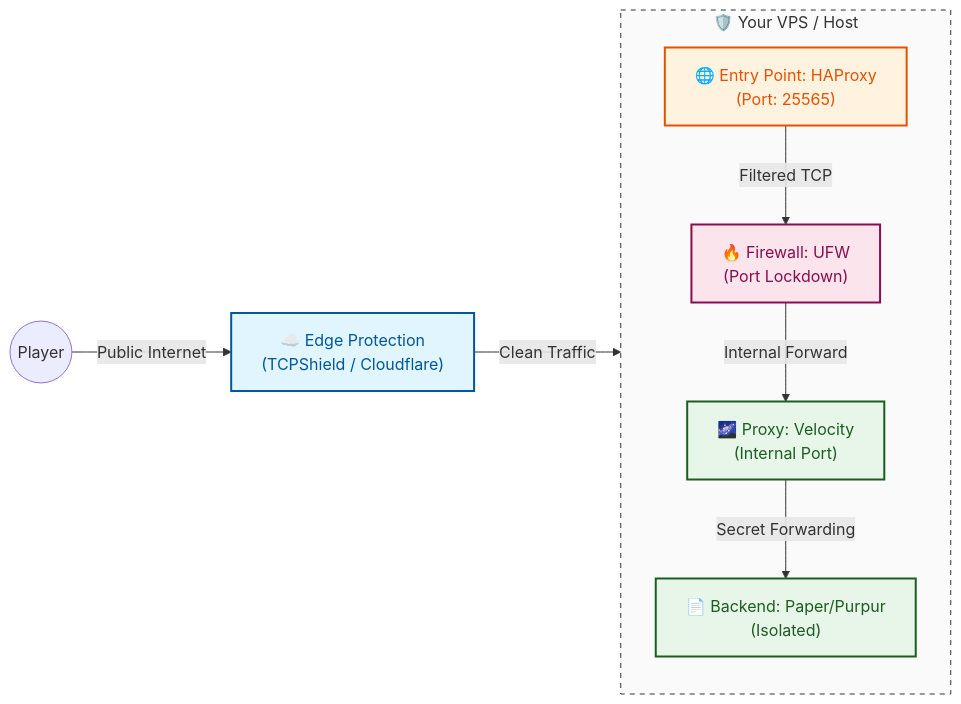
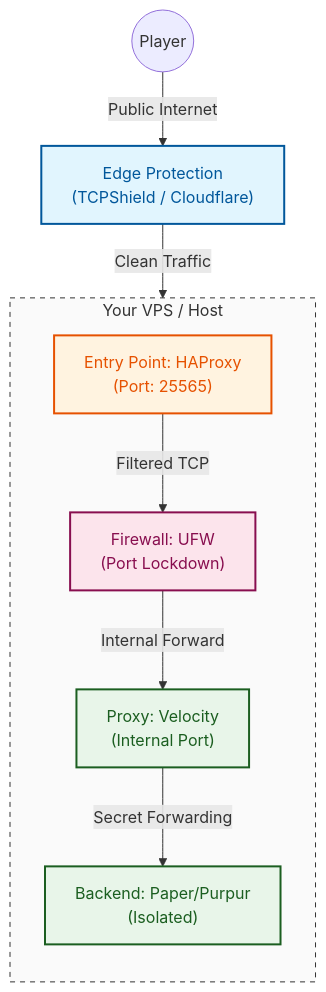
One commit to Earth1283/OpenWiki changed the diagram in docs/source/security.rst. Above: the diagram before and after it, drawn with Mermaid.

```diff
--- a/docs/source/security.rst
+++ b/docs/source/security.rst
@@ -76,25 +76,25 @@
 .. mermaid::
 
-   graph LR
-       Player((Player)) -- "Public Internet" --> Edge["☁️ Edge Protection<br/>(TCPShield / Cloudflare)"]
+   graph TD
+       Player((Player)) -- "Public Internet" --> Edge["Edge Protection<br/>(TCPShield / Cloudflare)"]
        
-       subgraph VPS ["🛡️ Your VPS / Host"]
+       subgraph VPS_Host [Your VPS / Host]
            direction TB
-           HA["🌐 Entry Point: HAProxy<br/>(Port: 25565)"]
-           FW["🔥 Firewall: UFW<br/>(Port Lockdown)"]
-           Proxy["🌌 Proxy: Velocity<br/>(Internal Port)"]
-           Backend["📄 Backend: Paper/Purpur<br/>(Isolated)"]
+           HA["Entry Point: HAProxy<br/>(Port: 25565)"]
+           FW["Firewall: UFW<br/>(Port Lockdown)"]
+           Proxy["Proxy: Velocity<br/>(Internal Port)"]
+           Backend["Backend: Paper/Purpur<br/>(Isolated)"]
            
            HA -- "Filtered TCP" --> FW
            FW -- "Internal Forward" --> Proxy
            Proxy -- "Secret Forwarding" --> Backend
        end
        
        Edge -- "Clean Traffic" --> HA
        
        style Edge fill:#e1f5fe,stroke:#01579b,stroke-width:2px,color:#01579b
        style HA fill:#fff3e0,stroke:#e65100,stroke-width:2px,color:#e65100
        style FW fill:#fce4ec,stroke:#880e4f,stroke-width:2px,color:#880e4f
        style Proxy fill:#e8f5e9,stroke:#1b5e20,stroke-width:2px,color:#1b5e20
        style Backend fill:#e8f5e9,stroke:#1b5e20,stroke-width:2px,color:#1b5e20
-       style VPS fill:#fafafa,stroke:#333,stroke-dasharray: 5 5
+       style VPS_Host fill:#fafafa,stroke:#333,stroke-dasharray: 5 5
```
